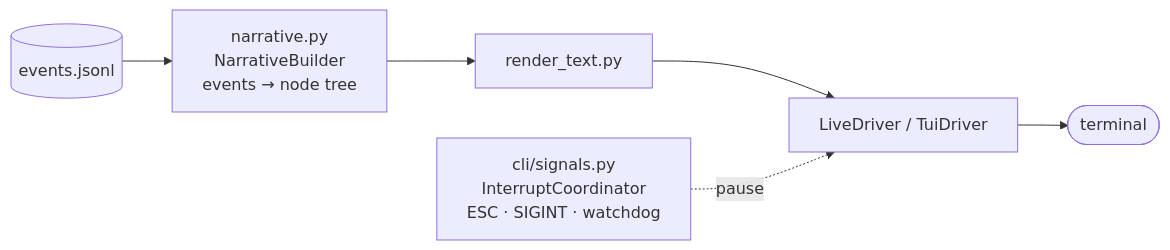
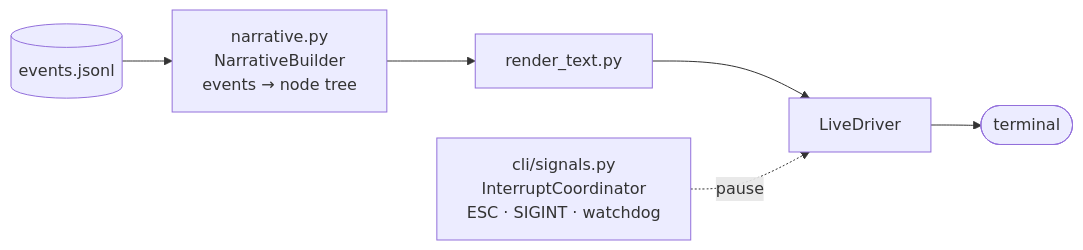
The sixth of 12 diagrams in docs/architecture.md (jpoimboe/imp), drawn with Mermaid before and after one commit. The commit also changed other lines of this file and 1 other file, not shown here.

Commit message:
Scrub TUI references from core architecture and conventions docs
Change: sifo34

````diff
--- a/docs/architecture.md
+++ b/docs/architecture.md
@@ -90,8 +90,8 @@
 ```mermaid
 flowchart LR
   LOG[("events.jsonl")] --> NB["narrative.py<br/>NarrativeBuilder<br/>events → node tree"]
   NB --> RT["render_text.py"]
-  RT --> DRV["LiveDriver / TuiDriver"]
+  RT --> DRV["LiveDriver"]
   DRV --> term([terminal])
   SIG["cli/signals.py<br/>InterruptCoordinator<br/>ESC · SIGINT · watchdog"] -.->|"pause"| DRV
 ```
````
